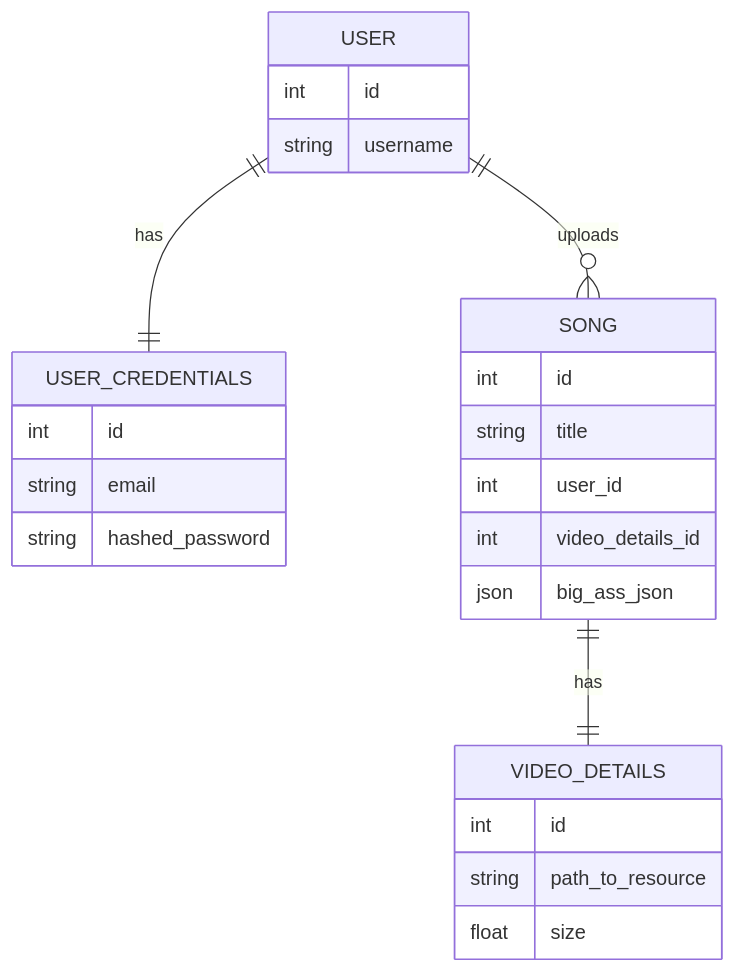
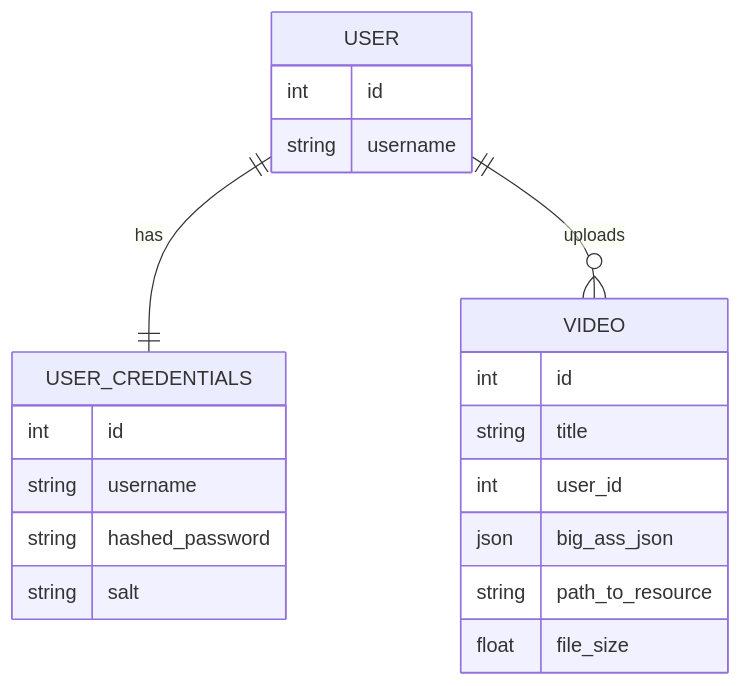
Before and after one commit to p0mpon/zpi-dancingbuddy: the diagram in backend/db/diagram/v1.md, drawn with Mermaid.

Commit message:
[DAN-46] database diagram version 1 fix

````diff
--- a/backend/db/diagram/v1.md
+++ b/backend/db/diagram/v1.md
@@ -1,28 +1,24 @@
 ```mermaid
 erDiagram
     USER ||--|| USER_CREDENTIALS : has
-    USER ||--o{ SONG : uploads
-    SONG ||--|| VIDEO_DETAILS : has
+    USER ||--o{ VIDEO : uploads
 
     USER {
         int id
         string username
     }
     USER_CREDENTIALS {
         int id
-        string email
+        string username
         string hashed_password
+        string salt
     }
-    VIDEO_DETAILS {
-        int id
-        string path_to_resource
-        float size
-    }
-    SONG {
+    VIDEO {
         int id
         string title
         int user_id
-        int video_details_id
         json big_ass_json
+        string path_to_resource
+        float file_size
     }
 ```
````
